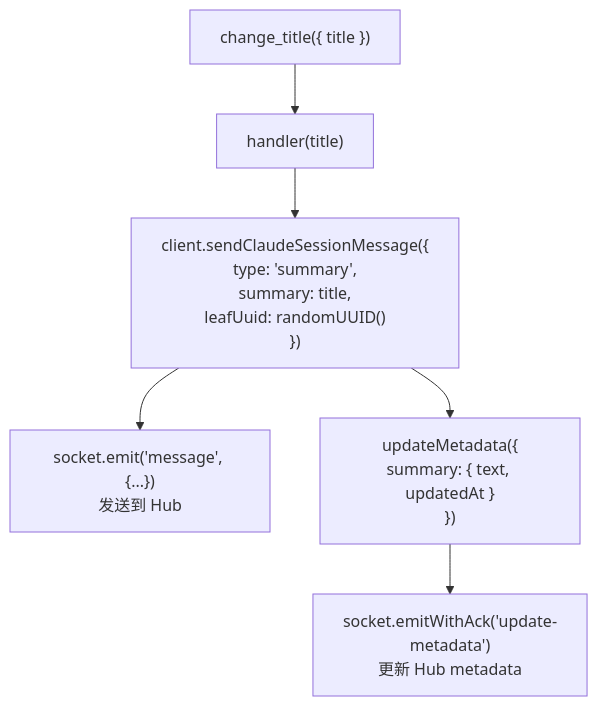
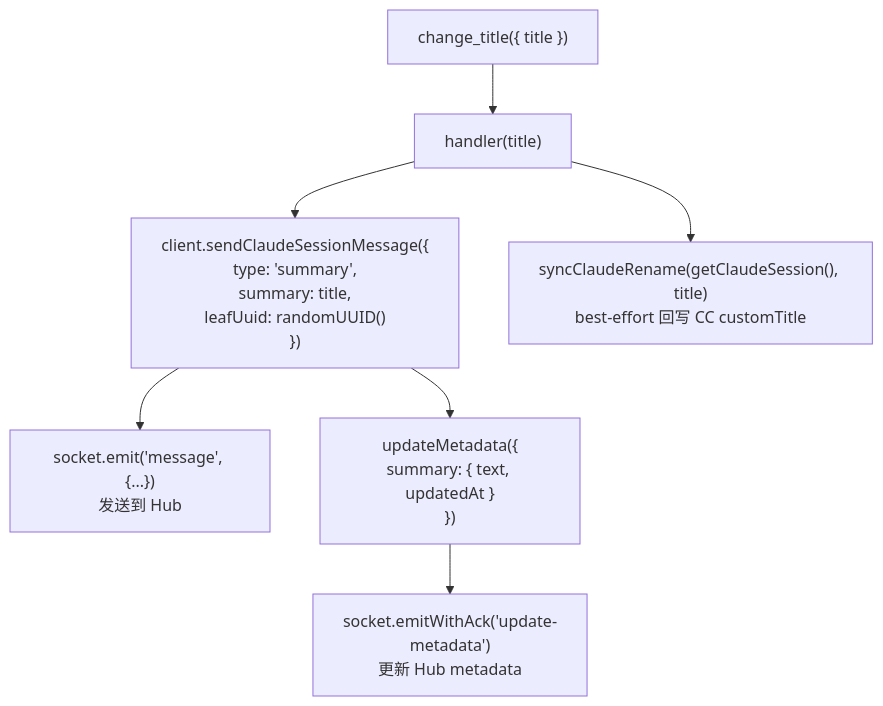
One commit to ModuBit/mobi changed the fourth of 4 diagrams in docs/architecture/cli/commands/mcp/README.md. Above: the diagram before and after it, drawn with Mermaid. The commit also changed other lines of this file and 3 other files, not shown here.

````diff
--- a/docs/architecture/cli/commands/mcp/README.md
+++ b/docs/architecture/cli/commands/mcp/README.md
@@ -73,8 +73,9 @@
 ```mermaid
 flowchart TB
     Call["change_title({ title })"] --> Handler["handler(title)"]
     Handler --> Send["client.sendClaudeSessionMessage({<br/>type: 'summary',<br/>summary: title,<br/>leafUuid: randomUUID()<br/>})"]
     Send --> Emit["socket.emit('message', {...})<br/>发送到 Hub"]
     Send --> Update["updateMetadata({<br/>summary: { text, updatedAt }<br/>})"]
     Update --> MetaUpdate["socket.emitWithAck('update-metadata')<br/>更新 Hub metadata"]
+    Handler --> RenameCC["syncClaudeRename(getClaudeSession(), title)<br/>best-effort 回写 CC customTitle"]
 ```
````
